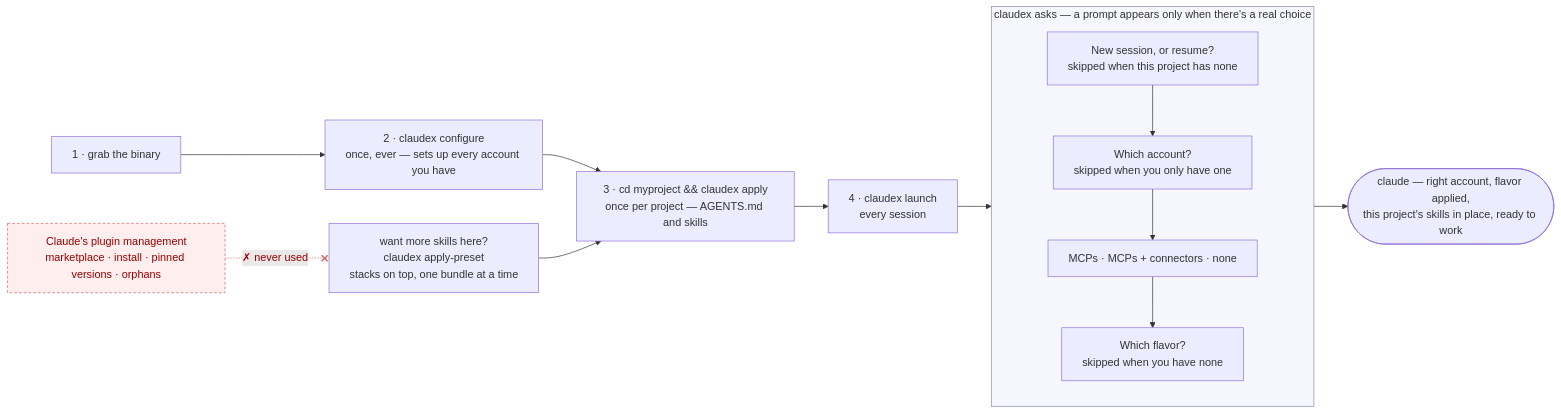
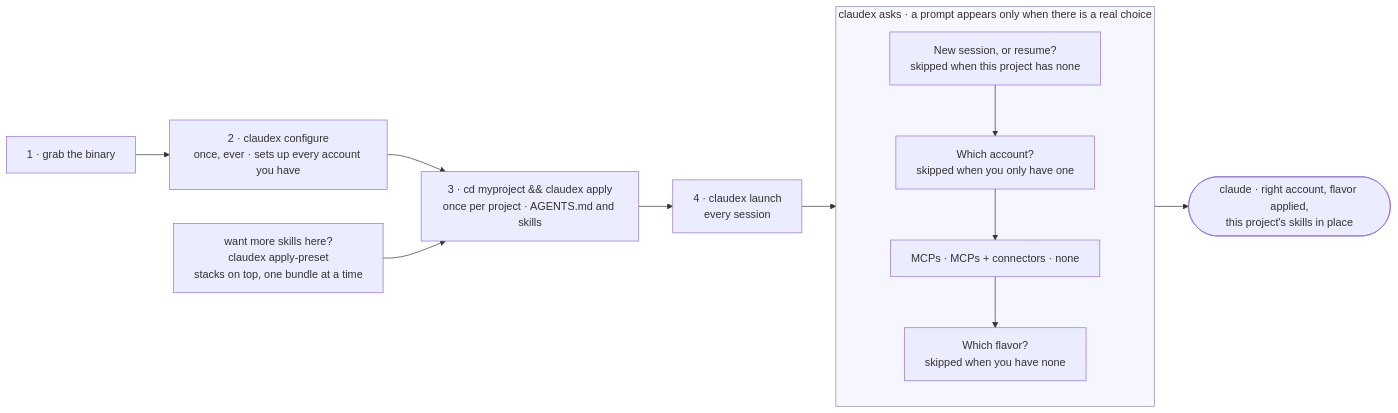
The diagram in README.md (Tanq16/claudex), drawn with Mermaid before and after one commit. The commit also changed other lines of this file, not shown here.

````diff
--- a/README.md
+++ b/README.md
@@ -44,33 +44,27 @@
 ```mermaid
 %%{init: {'flowchart': {'wrappingWidth': 260}}}%%
 flowchart LR
     I["1 · grab the binary"]
-    C["2 · claudex configure<br/>once, ever — sets up every account you have"]
-    A["3 · cd myproject && claudex apply<br/>once per project — AGENTS.md and skills"]
+    C["2 · claudex configure<br/>once, ever · sets up every account you have"]
+    A["3 · cd myproject && claudex apply<br/>once per project · AGENTS.md and skills"]
     L["4 · claudex launch<br/>every session"]
 
     I --> C --> A --> L
 
-    subgraph ASK ["claudex asks — a prompt appears only when there's a real choice"]
+    subgraph ASK ["claudex asks · a prompt appears only when there is a real choice"]
     direction TB
         Q1["New session, or resume?<br/>skipped when this project has none"]
         Q2["Which account?<br/>skipped when you only have one"]
         Q3["MCPs · MCPs + connectors · none"]
         Q4["Which flavor?<br/>skipped when you have none"]
         Q1 --> Q2 --> Q3 --> Q4
     end
 
     L --> Q1
-    Q4 --> OUT(["claude — right account, flavor applied,<br/>this project's skills in place, ready to work"])
+    Q4 --> OUT(["claude · right account, flavor applied,<br/>this project's skills in place"])
 
     P["want more skills here?<br/>claudex apply-preset<br/>stacks on top, one bundle at a time"]
     P --> A
 
-    NATIVE["Claude's plugin management<br/>marketplace · install · pinned versions · orphans"]
-    NATIVE -.-x|"✗ never used"| P
-
-    classDef no fill:#fee,stroke:#c66,color:#900,stroke-dasharray:4 3
-    class NATIVE no
     style ASK fill:#f6f6ff,stroke:#88a
-    linkStyle 9 stroke:#c66,color:#900
 ```
````
